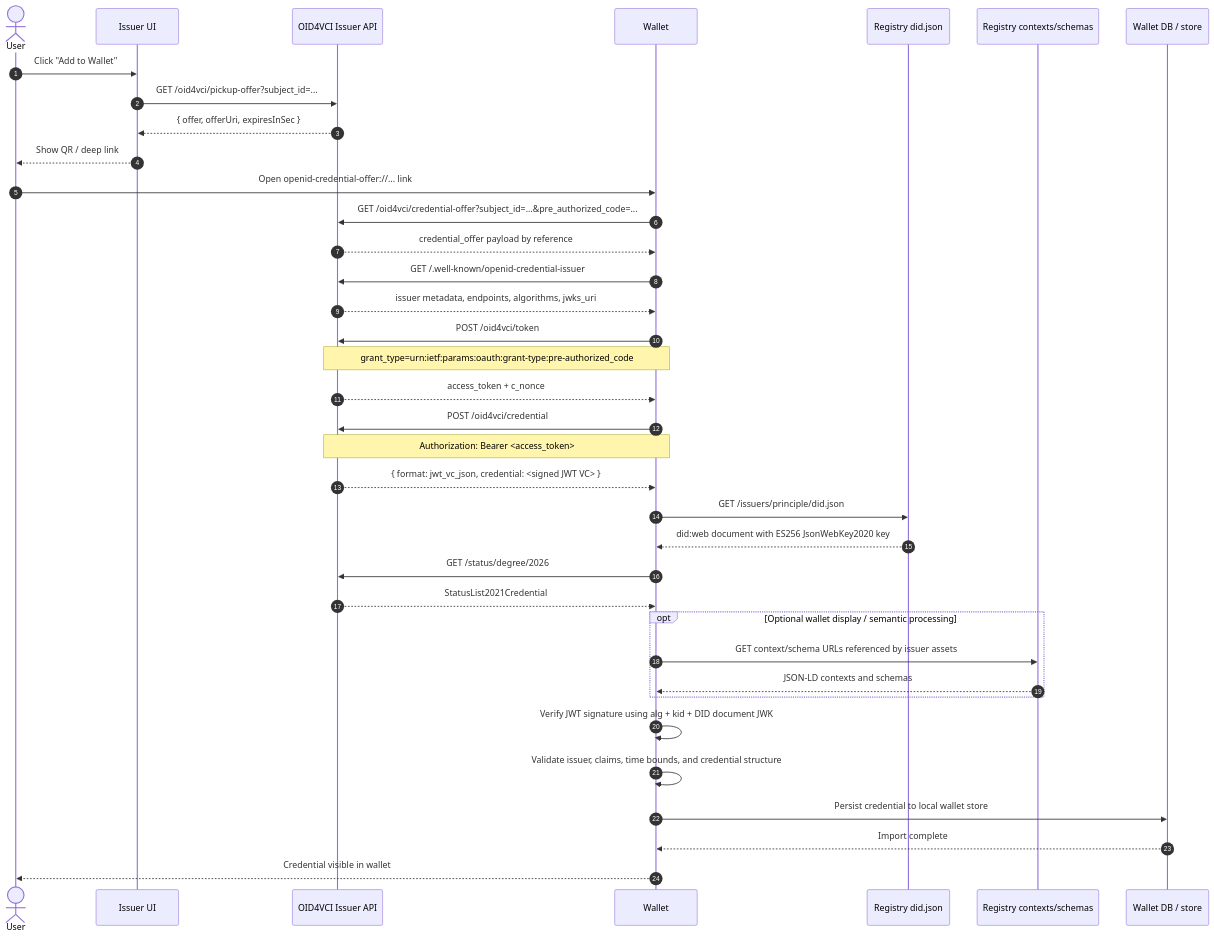
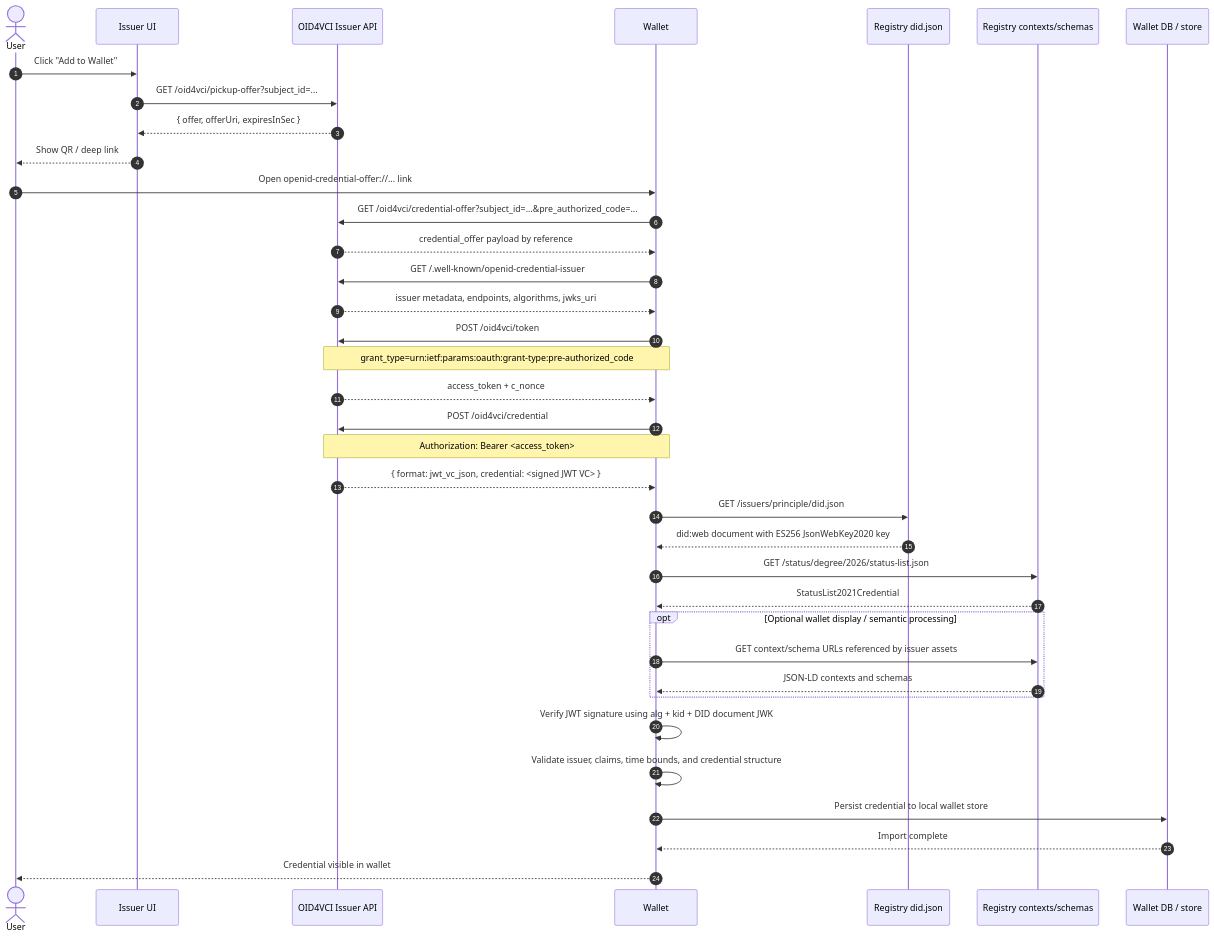
Before and after one commit to huypengin/IU-VC-Cert-University: the diagram in docs/wallet-verification-import-flow.md, drawn with Mermaid. The commit also changed other lines of this file and 22 other files, not shown here.

Commit message:
feat: Update StatusList credential to align with StatusList2021 specification, including new URL structure, issuer DID, and caching.

````diff
--- a/docs/wallet-verification-import-flow.md
+++ b/docs/wallet-verification-import-flow.md
@@ -32,48 +32,48 @@
 ```mermaid
 sequenceDiagram
     autonumber
     actor User
     participant UI as Issuer UI
     participant API as OID4VCI Issuer API
     participant Wallet as Wallet
     participant DID as Registry did.json
     participant Registry as Registry contexts/schemas
     participant DB as Wallet DB / store
 
     User->>UI: Click "Add to Wallet"
     UI->>API: GET /oid4vci/pickup-offer?subject_id=...
     API-->>UI: { offer, offerUri, expiresInSec }
     UI-->>User: Show QR / deep link
 
     User->>Wallet: Open openid-credential-offer://... link
     Wallet->>API: GET /oid4vci/credential-offer?subject_id=...&pre_authorized_code=...
     API-->>Wallet: credential_offer payload by reference
 
     Wallet->>API: GET /.well-known/openid-credential-issuer
     API-->>Wallet: issuer metadata, endpoints, algorithms, jwks_uri
 
     Wallet->>API: POST /oid4vci/token
     Note over Wallet,API: grant_type=urn:ietf:params:oauth:grant-type:pre-authorized_code
     API-->>Wallet: access_token + c_nonce
 
     Wallet->>API: POST /oid4vci/credential
     Note over Wallet,API: Authorization: Bearer <access_token>
     API-->>Wallet: { format: jwt_vc_json, credential: <signed JWT VC> }
 
     Wallet->>DID: GET /issuers/principle/did.json
     DID-->>Wallet: did:web document with ES256 JsonWebKey2020 key
 
-    Wallet->>API: GET /status/degree/2026
-    API-->>Wallet: StatusList2021Credential
+    Wallet->>Registry: GET /status/degree/2026/status-list.json
+    Registry-->>Wallet: StatusList2021Credential
 
     opt Optional wallet display / semantic processing
         Wallet->>Registry: GET context/schema URLs referenced by issuer assets
         Registry-->>Wallet: JSON-LD contexts and schemas
     end
 
     Wallet->>Wallet: Verify JWT signature using alg + kid + DID document JWK
     Wallet->>Wallet: Validate issuer, claims, time bounds, and credential structure
     Wallet->>DB: Persist credential to local wallet store
     DB-->>Wallet: Import complete
     Wallet-->>User: Credential visible in wallet
 ```
````
